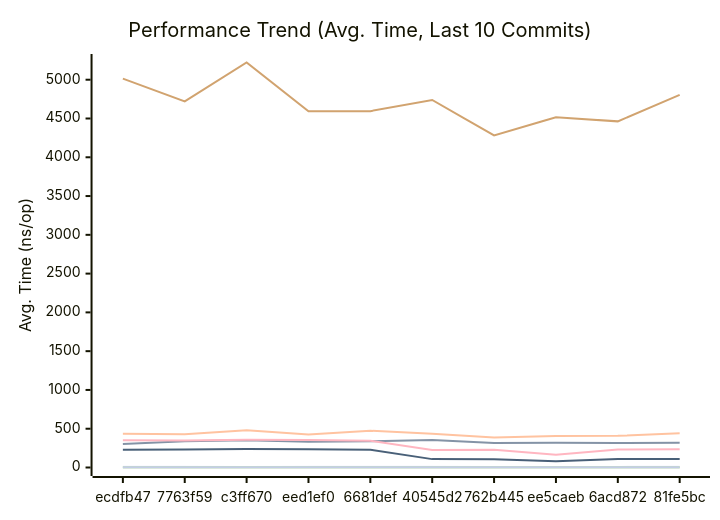
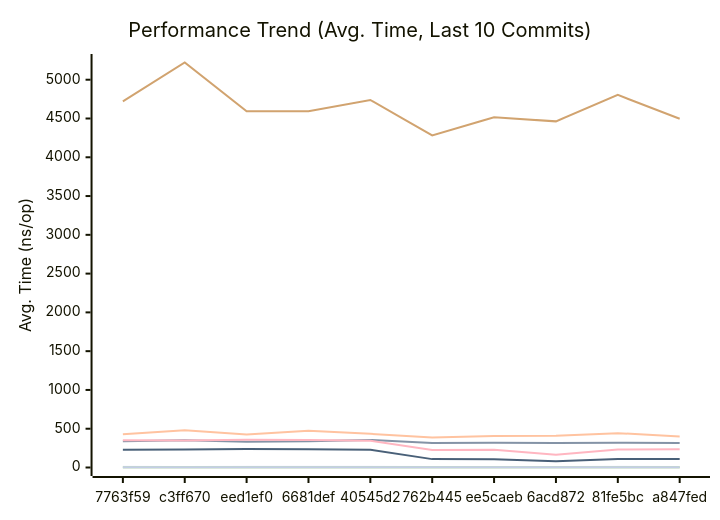
One commit to alsotoes/momo changed the first of 3 diagrams in docs/PERFORMANCE.md. Above: the diagram before and after it, drawn with Mermaid. The commit also changed other lines of this file and 2 other files, not shown here.

````diff
--- a/docs/PERFORMANCE.md
+++ b/docs/PERFORMANCE.md
@@ -80,16 +80,16 @@
 ```mermaid
 xychart-beta
     title "Performance Trend (Avg. Time, Last 10 Commits)"
     x-axis "Commit"
     y-axis "Avg. Time (ns/op)"
-    x-axis [ecdfb47,7763f59,c3ff670,eed1ef0,6681def,40545d2,762b445,ee5caeb,6acd872,81fe5bc]
-    line "CheckMetricsAndSwap" [9,9,8,9,10,9,7,8,8,9]
-    line "CrushOptimized" [303,340,351,332,337,356,316,320,315,318]
-    line "CrushOriginal" [434,429,480,425,474,434,388,406,408,443]
+    x-axis [7763f59,c3ff670,eed1ef0,6681def,40545d2,762b445,ee5caeb,6acd872,81fe5bc,a847fed]
+    line "CheckMetricsAndSwap" [9,8,9,10,9,7,8,8,9,8]
+    line "CrushOptimized" [340,351,332,337,356,316,320,315,318,317]
+    line "CrushOriginal" [429,480,425,474,434,388,406,408,443,400]
     line "IndexDirectTracking" [0,0,0,0,0,0,0,0,0,0]
     line "IndexSearch" [2,2,2,2,2,2,2,2,2,2]
-    line "LoadGlobalConfig" [5014,4721,5222,4592,4595,4739,4281,4517,4463,4804]
+    line "LoadGlobalConfig" [4721,5222,4592,4595,4739,4281,4517,4463,4804,4497]
     line "PadString" [2,2,2,2,2,2,2,2,2,2]
     line "ParseReplicationOrder_NoPrealloc" [350,349,357,354,345,225,229,165,232,234]
     line "ParseReplicationOrder_Prealloc" [229,231,237,234,229,108,107,80,110,109]
 ```
````
